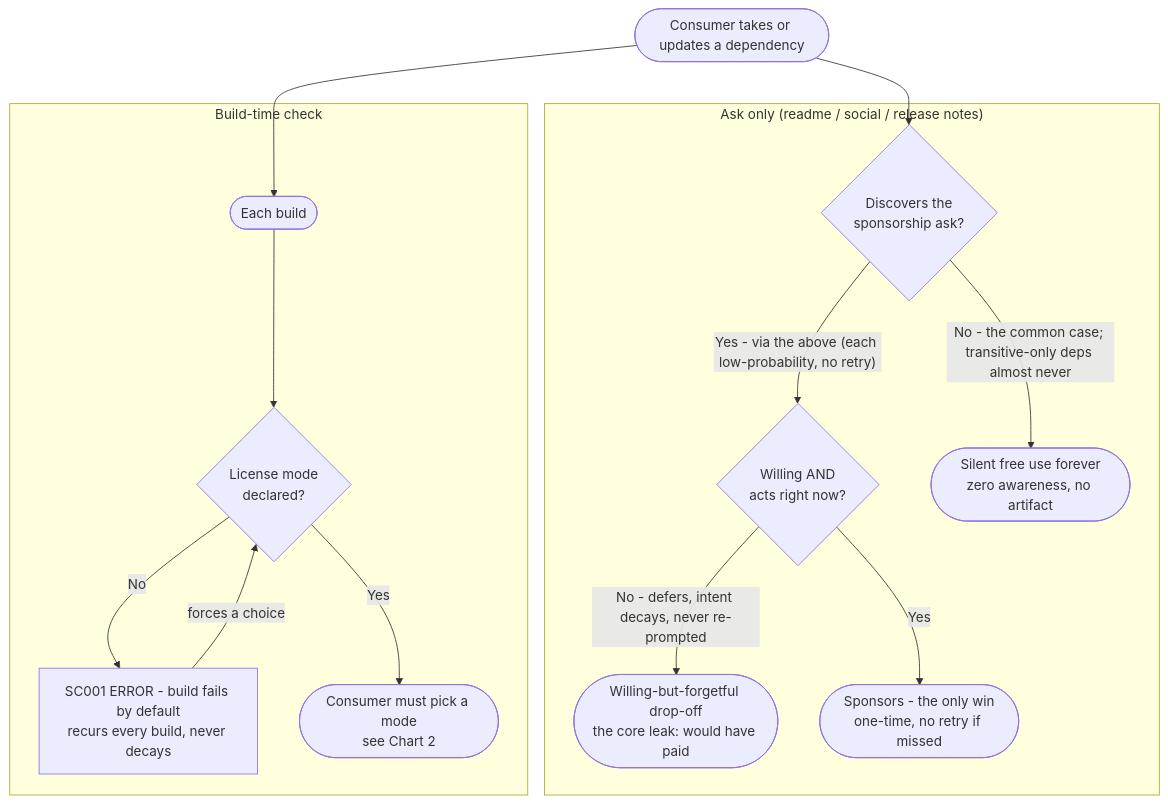
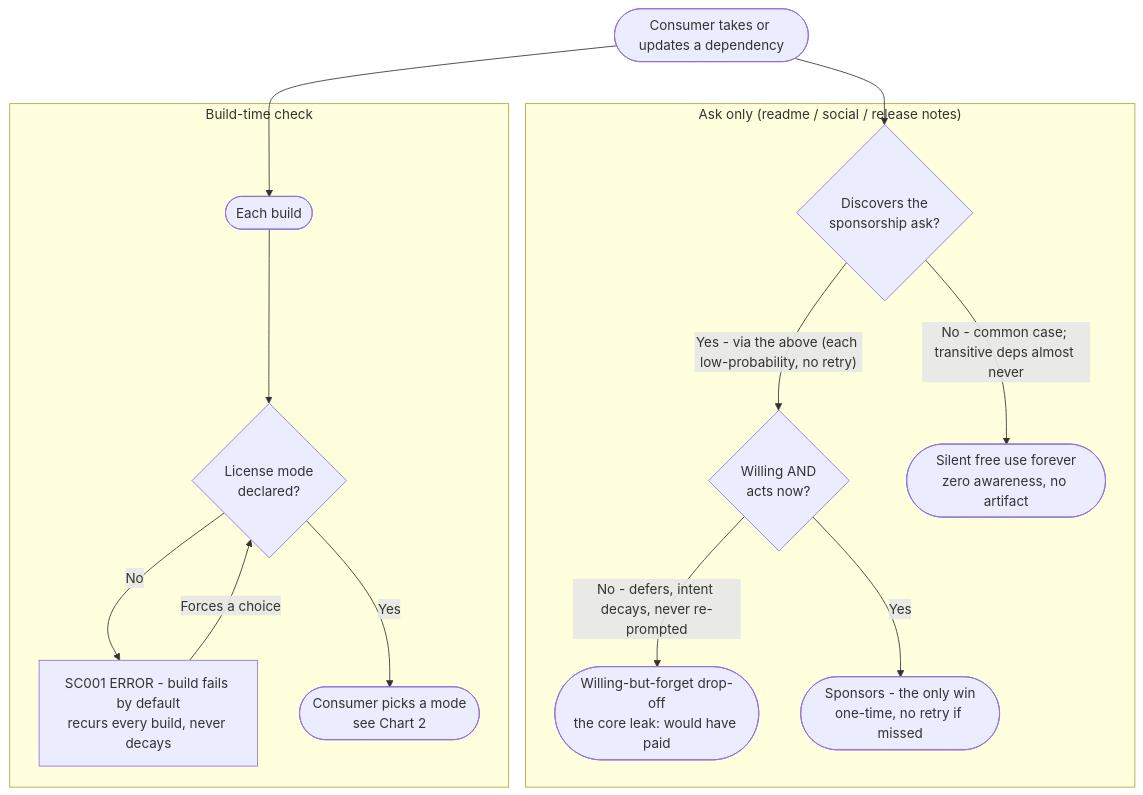
One commit to SimonCropp/SponsorCheck changed the first of 4 diagrams in docs/WhyBuildTimeVerification.md. Above: the diagram before and after it, drawn with Mermaid.

````diff
--- a/docs/WhyBuildTimeVerification.md
+++ b/docs/WhyBuildTimeVerification.md
@@ -21,22 +21,22 @@
 ```mermaid
 flowchart TD
     Dep(["Consumer takes or updates a dependency"])
 
     subgraph WorldA["Ask only (readme / social / release notes)"]
         A1{"Discovers the<br/>sponsorship ask?"}
-        A1 -->|"Yes - via the above (each low-probability, no retry)"| A2{"Willing AND<br/>acts right now?"}
-        A1 -->|"No - the common case; transitive-only deps almost never"| ASilent(["Silent free use forever<br/>zero awareness, no artifact"])
-        A2 -->|"No - defers, intent decays, never re-prompted"| AForget(["Willing-but-forgetful drop-off<br/>the core leak: would have paid"])
+        A1 -->|"Yes - via the above (each low-probability, no retry)"| A2{"Willing AND<br/>acts now?"}
+        A1 -->|"No - common case; transitive deps almost never"| ASilent(["Silent free use forever<br/>zero awareness, no artifact"])
+        A2 -->|"No - defers, intent decays, never re-prompted"| AForget(["Willing-but-forget drop-off<br/>the core leak: would have paid"])
         A2 -->|"Yes"| ASponsor(["Sponsors - the only win<br/>one-time, no retry if missed"])
     end
 
     subgraph WorldB["Build-time check"]
         B1(["Each build"]) --> B2{"License mode<br/>declared?"}
         B2 -->|"No"| BSC001["SC001 ERROR - build fails by default<br/>recurs every build, never decays"]
-        BSC001 -->|"forces a choice"| B2
-        B2 -->|"Yes"| BChoose(["Consumer must pick a mode<br/>see Chart 2"])
+        BSC001 -->|"Forces a choice"| B2
+        B2 -->|"Yes"| BChoose(["Consumer picks a mode<br/>see Chart 2"])
     end
 
     Dep --> A1
     Dep --> B1
 ```
````
